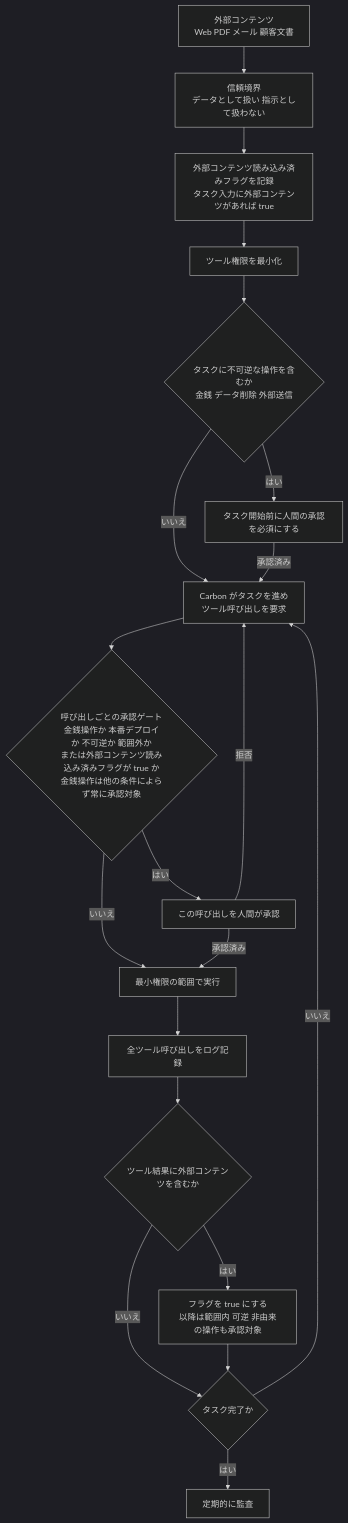
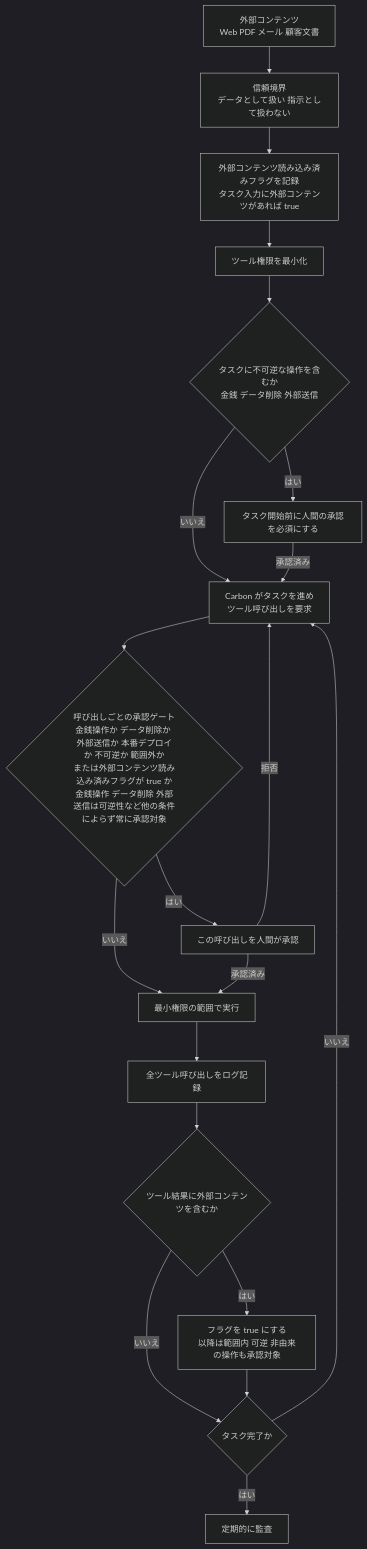
One commit to myoshi2891/Comparison-of-LLMs changed the eighth of 9 diagrams in Gemini-4-carbon-guide.md. Above: the diagram before and after it, drawn with Mermaid (dark theme). The commit also changed 2 other files, not shown here.

Commit message:
fix(docs): stop Robotics on non-STOP finishes, always gate deletes and external sends in Carbon, and budget Hydrogen output from the remaining context
- Robotics run_task aborts on MAX_TOKENS and other non-STOP finish reasons before returning
  text, executing calls or appending history; STOP responses complete as before
- Carbon's per-call gate always requires approval for data deletion and external sends,
  regardless of reversibility, alongside money operations
- Hydrogen's MAX_OUTPUT_CEILING is the context window minus the counted input tokens and
  raises a context-limit error when nothing remains

````diff
--- a/Gemini-4-carbon-guide.md
+++ b/Gemini-4-carbon-guide.md
@@ -645,22 +645,22 @@
 ```mermaid
 flowchart TD
     IN["外部コンテンツ<br/>Web PDF メール 顧客文書"] --> TR["信頼境界<br/>データとして扱い 指示として扱わない"]
     TR --> FLAG["外部コンテンツ読み込み済みフラグを記録<br/>タスク入力に外部コンテンツがあれば true"]
     FLAG --> LP["ツール権限を最小化"]
     LP --> RISK{"タスクに不可逆な操作を含むか<br/>金銭 データ削除 外部送信"}
     RISK -- "はい" --> HU["タスク開始前に人間の承認を必須にする"]
     RISK -- "いいえ" --> RUN["Carbon がタスクを進め<br/>ツール呼び出しを要求"]
     HU -- "承認済み" --> RUN
-    RUN --> GATE{"呼び出しごとの承認ゲート<br/>金銭操作か 本番デプロイか 不可逆か 範囲外か<br/>または外部コンテンツ読み込み済みフラグが true か<br/>金銭操作は他の条件によらず常に承認対象"}
+    RUN --> GATE{"呼び出しごとの承認ゲート<br/>金銭操作か データ削除か 外部送信か 本番デプロイか 不可逆か 範囲外か<br/>または外部コンテンツ読み込み済みフラグが true か<br/>金銭操作 データ削除 外部送信は可逆性など他の条件によらず常に承認対象"}
     GATE -- "はい" --> HU2["この呼び出しを人間が承認"]
     GATE -- "いいえ" --> EXEC["最小権限の範囲で実行"]
     HU2 -- "承認済み" --> EXEC
     HU2 -- "拒否" --> RUN
     EXEC --> LOG["全ツール呼び出しをログ記録"]
     LOG --> READ{"ツール結果に外部コンテンツを含むか"}
     READ -- "はい" --> SET["フラグを true にする<br/>以降は範囲内 可逆 非由来の操作も承認対象"]
     READ -- "いいえ" --> NEXT
     SET --> NEXT{"タスク完了か"}
     NEXT -- "いいえ" --> RUN
     NEXT -- "はい" --> AUD["定期的に監査"]
 ```
````
